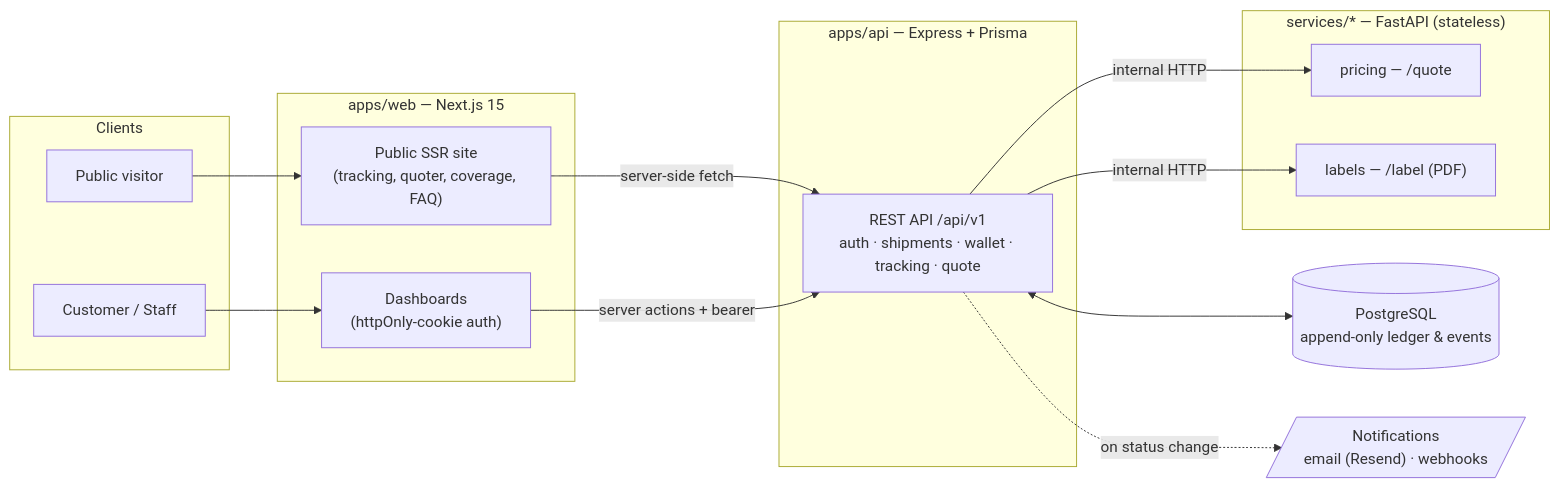
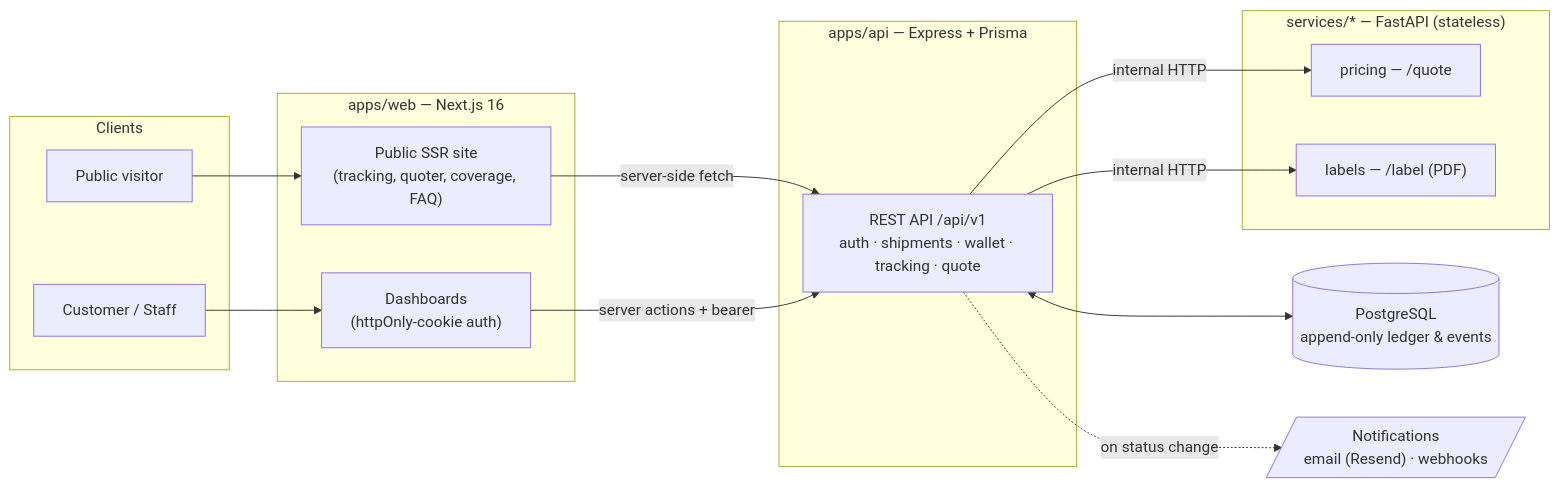
One commit to brunocarbone98/projects changed the diagram in FullStackHub/README.md. Above: the diagram before and after it, drawn with Mermaid. The commit also changed other lines of this file and 9 other files, not shown here.

````diff
--- a/FullStackHub/README.md
+++ b/FullStackHub/README.md
@@ -18,34 +18,34 @@
 ```mermaid
 flowchart LR
     subgraph Clients
       V["Public visitor"]
       U["Customer / Staff"]
     end
 
-    subgraph Web["apps/web — Next.js 15"]
+    subgraph Web["apps/web — Next.js 16"]
       PUB["Public SSR site<br/>(tracking, quoter, coverage, FAQ)"]
       APP["Dashboards<br/>(httpOnly-cookie auth)"]
     end
 
     subgraph API["apps/api — Express + Prisma"]
       REST["REST API /api/v1<br/>auth · shipments · wallet · tracking · quote"]
     end
 
     DB[("PostgreSQL<br/>append-only ledger & events")]
 
     subgraph PY["services/* — FastAPI (stateless)"]
       PRICE["pricing — /quote"]
       LABEL["labels — /label (PDF)"]
     end
 
     NOTI[/"Notifications<br/>email (Resend) · webhooks"/]
 
     V --> PUB
     U --> APP
     PUB -->|server-side fetch| REST
     APP -->|server actions + bearer| REST
     REST <--> DB
     REST -->|internal HTTP| PRICE
     REST -->|internal HTTP| LABEL
     REST -.->|on status change| NOTI
 ```
````
